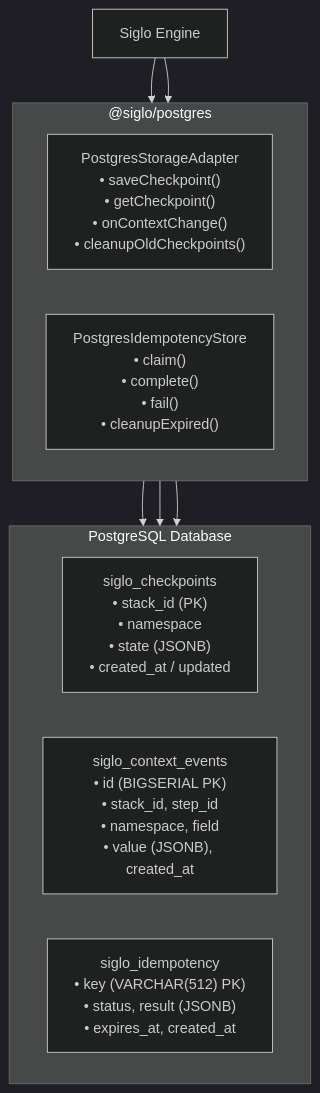
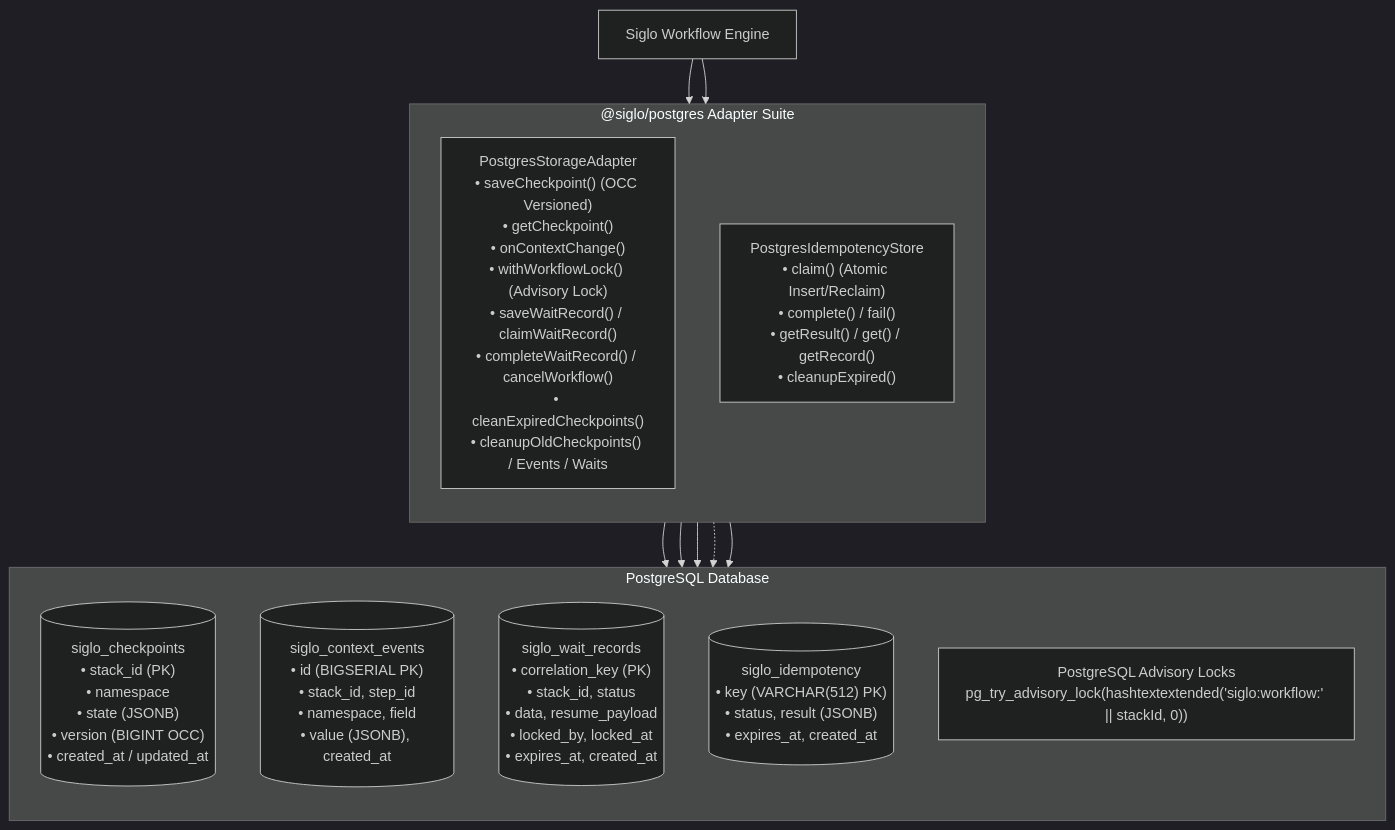
The first of 2 diagrams in packages/postgres/README.md (jsoftgem/siglo), drawn with Mermaid (dark theme) before and after one commit. The commit also changed other lines of this file and 18 other files, not shown here.

````diff
--- a/packages/postgres/README.md
+++ b/packages/postgres/README.md
@@ -11,23 +14,27 @@
 ```mermaid
 flowchart TD
-    Engine["Siglo Engine"]
+    Engine["Siglo Workflow Engine"]
 
-    subgraph Adapters["@siglo/postgres"]
-        direction LR
-        SA["PostgresStorageAdapter<br/>• saveCheckpoint()<br/>• getCheckpoint()<br/>• onContextChange()<br/>• cleanupOldCheckpoints()"]
-        IS["PostgresIdempotencyStore<br/>• claim()<br/>• complete()<br/>• fail()<br/>• cleanupExpired()"]
+    subgraph Adapters["@siglo/postgres Adapter Suite"]
+        direction TB
+        SA["PostgresStorageAdapter<br/>• saveCheckpoint() (OCC Versioned)<br/>• getCheckpoint()<br/>• onContextChange()<br/>• withWorkflowLock() (Advisory Lock)<br/>• saveWaitRecord() / claimWaitRecord()<br/>• completeWaitRecord() / cancelWorkflow()<br/>• cleanExpiredCheckpoints()<br/>• cleanupOldCheckpoints() / Events / Waits"]
+        IS["PostgresIdempotencyStore<br/>• claim() (Atomic Insert/Reclaim)<br/>• complete() / fail()<br/>• getResult() / get() / getRecord()<br/>• cleanupExpired()"]
     end
 
     subgraph DB["PostgreSQL Database"]
-        direction LR
-        T1["siglo_checkpoints<br/>• stack_id (PK)<br/>• namespace<br/>• state (JSONB)<br/>• created_at / updated"]
-        T2["siglo_context_events<br/>• id (BIGSERIAL PK)<br/>• stack_id, step_id<br/>• namespace, field<br/>• value (JSONB), created_at"]
-        T3["siglo_idempotency<br/>• key (VARCHAR(512) PK)<br/>• status, result (JSONB)<br/>• expires_at, created_at"]
+        direction TB
+        T1[("siglo_checkpoints<br/>• stack_id (PK)<br/>• namespace<br/>• state (JSONB)<br/>• version (BIGINT OCC)<br/>• created_at / updated_at")]
+        T2[("siglo_context_events<br/>• id (BIGSERIAL PK)<br/>• stack_id, step_id<br/>• namespace, field<br/>• value (JSONB), created_at")]
+        T3[("siglo_wait_records<br/>• correlation_key (PK)<br/>• stack_id, status<br/>• data, resume_payload<br/>• locked_by, locked_at<br/>• expires_at, created_at")]
+        T4[("siglo_idempotency<br/>• key (VARCHAR(512) PK)<br/>• status, result (JSONB)<br/>• expires_at, created_at")]
+        AL["PostgreSQL Advisory Locks<br/>pg_try_advisory_lock(hashtextextended('siglo:workflow:' || stackId, 0))"]
     end
 
     Engine --> SA
     Engine --> IS
     SA --> T1
     SA --> T2
-    IS --> T3
+    SA --> T3
+    SA -.-> AL
+    IS --> T4
 ```
````
